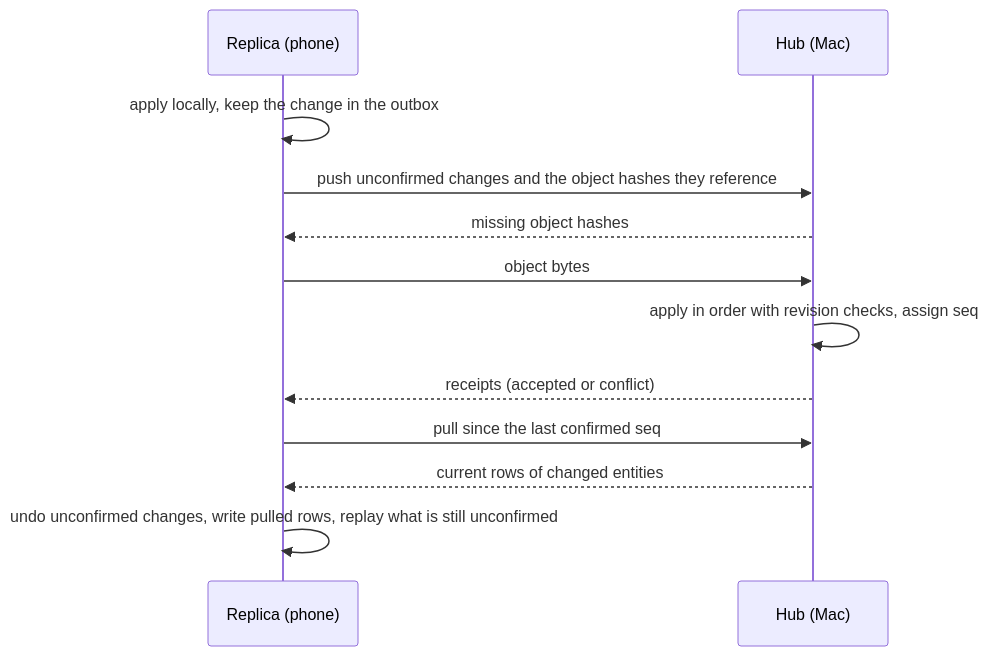
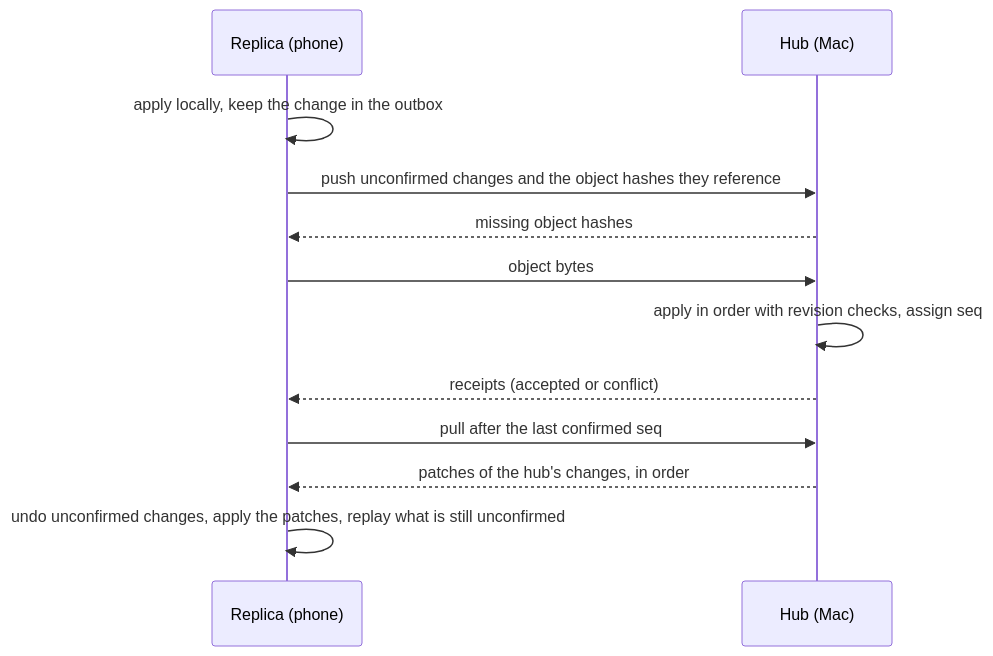
Before and after one commit to solforged/tessera: the diagram in docs/sync.md, drawn with Mermaid. The commit also changed other lines of this file and 23 other files, not shown here.

````diff
--- a/docs/sync.md
+++ b/docs/sync.md
@@ -11,14 +11,14 @@
 ```mermaid
 sequenceDiagram
     participant R as Replica (phone)
     participant H as Hub (Mac)
     R->>R: apply locally, keep the change in the outbox
     R->>H: push unconfirmed changes and the object hashes they reference
     H-->>R: missing object hashes
     R->>H: object bytes
     H->>H: apply in order with revision checks, assign seq
     H-->>R: receipts (accepted or conflict)
-    R->>H: pull since the last confirmed seq
-    H-->>R: current rows of changed entities
-    R->>R: undo unconfirmed changes, write pulled rows, replay what is still unconfirmed
+    R->>H: pull after the last confirmed seq
+    H-->>R: patches of the hub's changes, in order
+    R->>R: undo unconfirmed changes, apply the patches, replay what is still unconfirmed
 ```
````
